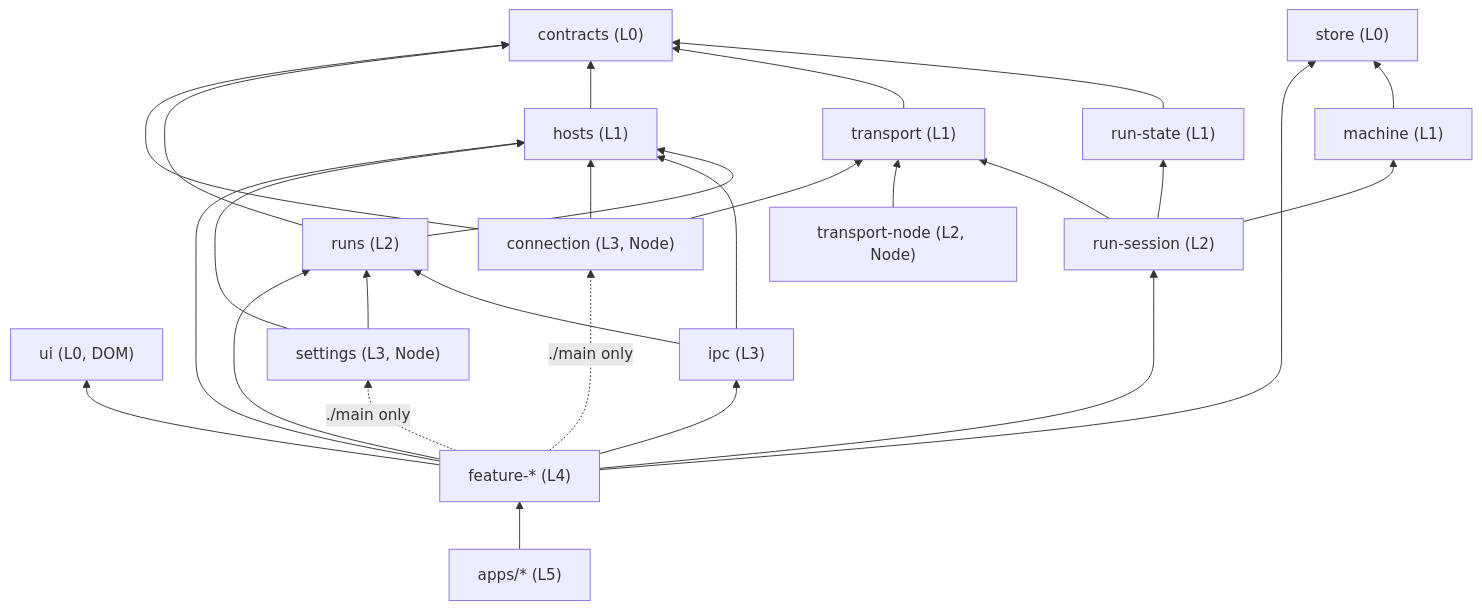
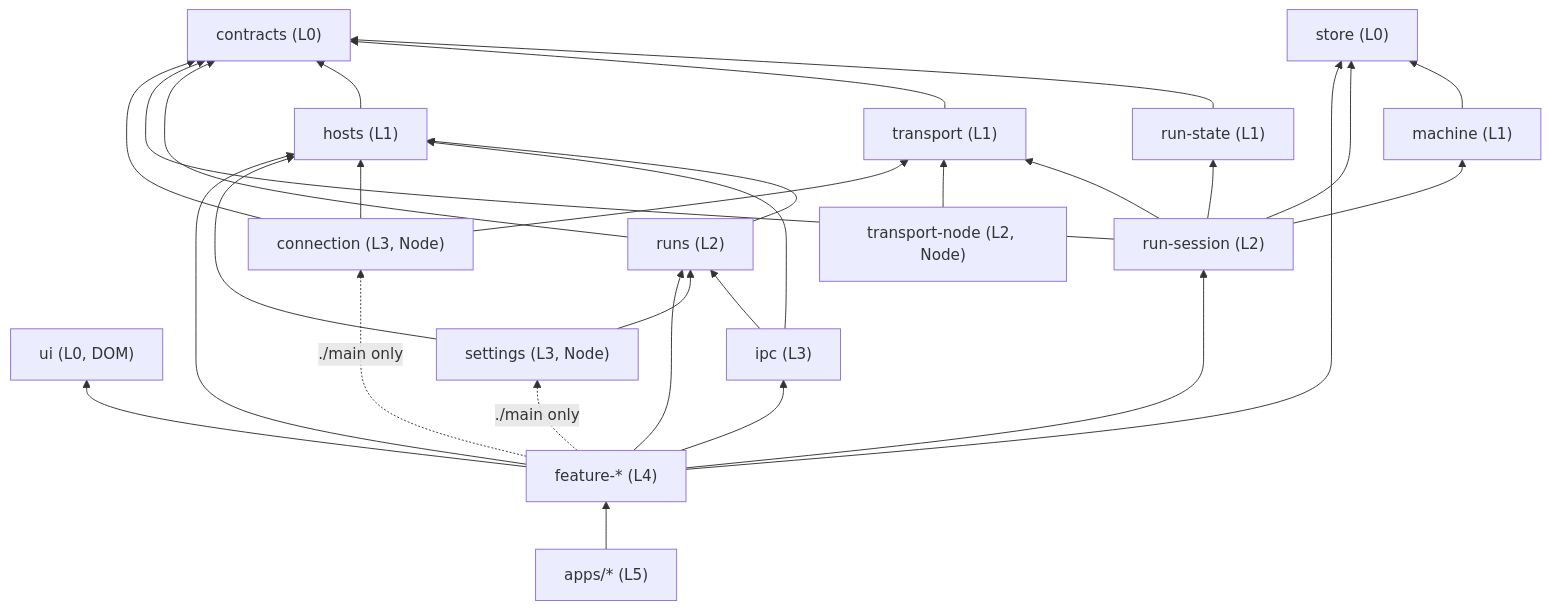
Before and after one commit to uw-syfi/vibesys: the diagram in docs/contributing/clients-architecture.md, drawn with Mermaid. The commit also changed other lines of this file and 2 other files, not shown here.

````diff
--- a/docs/contributing/clients-architecture.md
+++ b/docs/contributing/clients-architecture.md
@@ -68,19 +69,19 @@
 ```mermaid
 flowchart BT
   contracts["contracts (L0)"]
   ui["ui (L0, DOM)"]
   store["store (L0)"]
   run-state["run-state (L1)"] --> contracts
   transport["transport (L1)"] --> contracts
   hosts["hosts (L1)"] --> contracts
   runs["runs (L2)"] --> contracts & hosts
   machine["machine (L1)"] --> store
-  run-session["run-session (L2)"] --> run-state & transport & machine
+  run-session["run-session (L2)"] --> contracts & run-state & transport & machine & store
   transport-node["transport-node (L2, Node)"] --> transport
   ipc["ipc (L3)"] --> hosts & runs
   connection["connection (L3, Node)"] --> contracts & transport & hosts
   settings["settings (L3, Node)"] --> hosts & runs
   features["feature-* (L4)"] --> run-session & runs & hosts & ipc & ui & store
   features -. "./main only" .-> connection & settings
   apps["apps/* (L5)"] --> features
 ```
````
